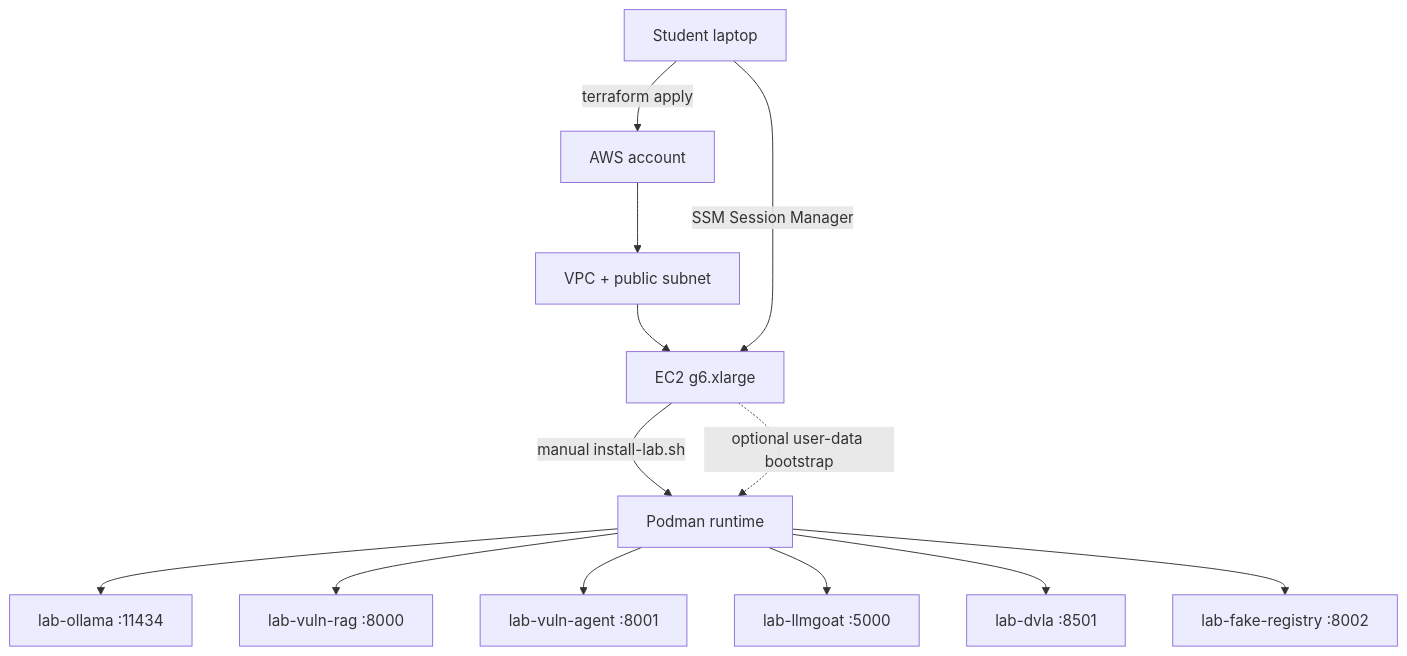
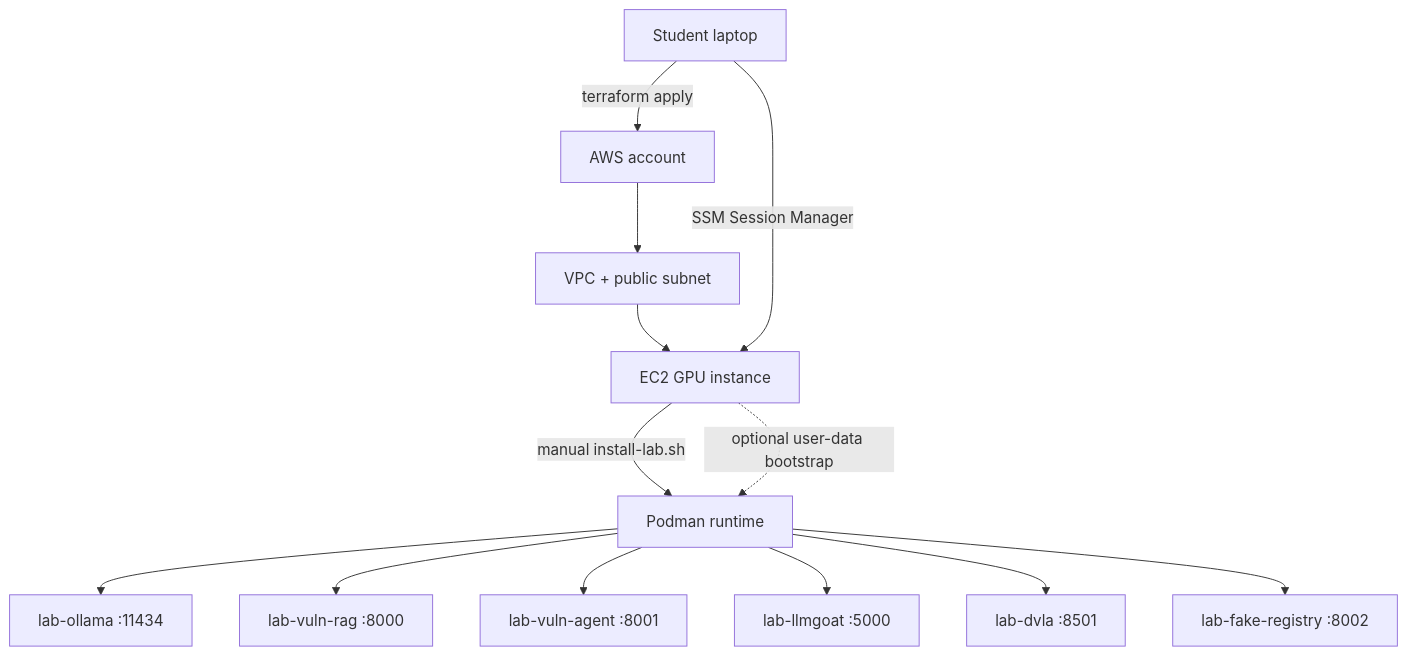
Before and after one commit to gasbugs/owasp-llm-lab-setup-guide: the diagram in docs/ARCHITECTURE.md, drawn with Mermaid. The commit also changed other lines of this file and 6 other files, not shown here.

Commit message:
Default lab instance to g4dn xlarge

````diff
--- a/docs/ARCHITECTURE.md
+++ b/docs/ARCHITECTURE.md
@@ -5,15 +5,15 @@
 ```mermaid
 flowchart TD
   A["Student laptop"] -->|"terraform apply"| B["AWS account"]
   B --> C["VPC + public subnet"]
-  C --> D["EC2 g6.xlarge"]
+  C --> D["EC2 GPU instance"]
   A -->|"SSM Session Manager"| D
   D -->|"manual install-lab.sh"| E["Podman runtime"]
   D -. "optional user-data bootstrap" .-> E
   E --> F["lab-ollama :11434"]
   E --> G["lab-vuln-rag :8000"]
   E --> H["lab-vuln-agent :8001"]
   E --> I["lab-llmgoat :5000"]
   E --> J["lab-dvla :8501"]
   E --> K["lab-fake-registry :8002"]
 ```
````
